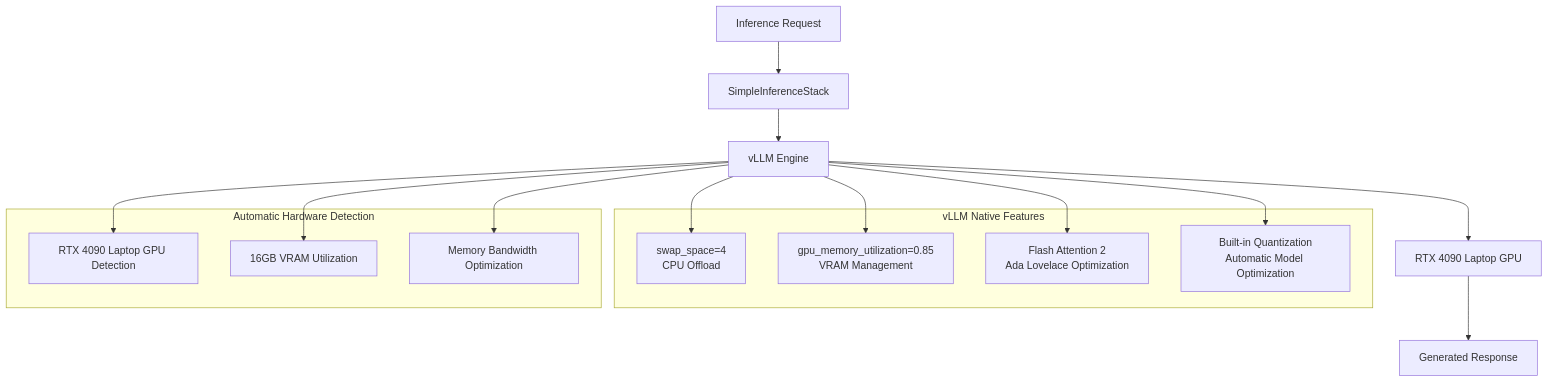
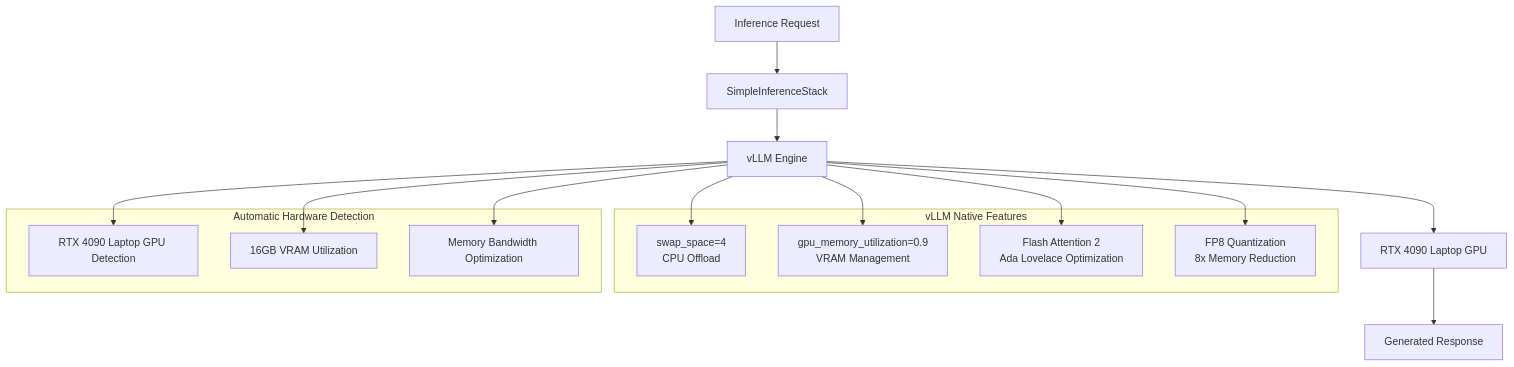
The second of 2 diagrams in docs/adrs/ADR-005-inference-stack.md (BjornMelin/ai-job-scraper), drawn with Mermaid before and after one commit. The commit also changed other lines of this file and 11 other files, not shown here.

````diff
--- a/docs/adrs/ADR-005-inference-stack.md
+++ b/docs/adrs/ADR-005-inference-stack.md
@@ -126,28 +126,28 @@
 ```mermaid
 graph TD
     A[Inference Request] --> B[SimpleInferenceStack]
     B --> C[vLLM Engine]
     C --> D[RTX 4090 Laptop GPU]
     D --> E[Generated Response]
     
     subgraph "vLLM Native Features"
         F[swap_space=4<br/>CPU Offload]
-        G[gpu_memory_utilization=0.85<br/>VRAM Management]
+        G[gpu_memory_utilization=0.9<br/>VRAM Management]
         H[Flash Attention 2<br/>Ada Lovelace Optimization]
-        I[Built-in Quantization<br/>Automatic Model Optimization]
+        I[FP8 Quantization<br/>8x Memory Reduction]
     end
     
     subgraph "Automatic Hardware Detection"
         J[RTX 4090 Laptop GPU Detection]
         K[16GB VRAM Utilization]
         L[Memory Bandwidth Optimization]
     end
     
     C --> F
     C --> G
     C --> H
     C --> I
     C --> J
     C --> K
     C --> L
 ```
````
